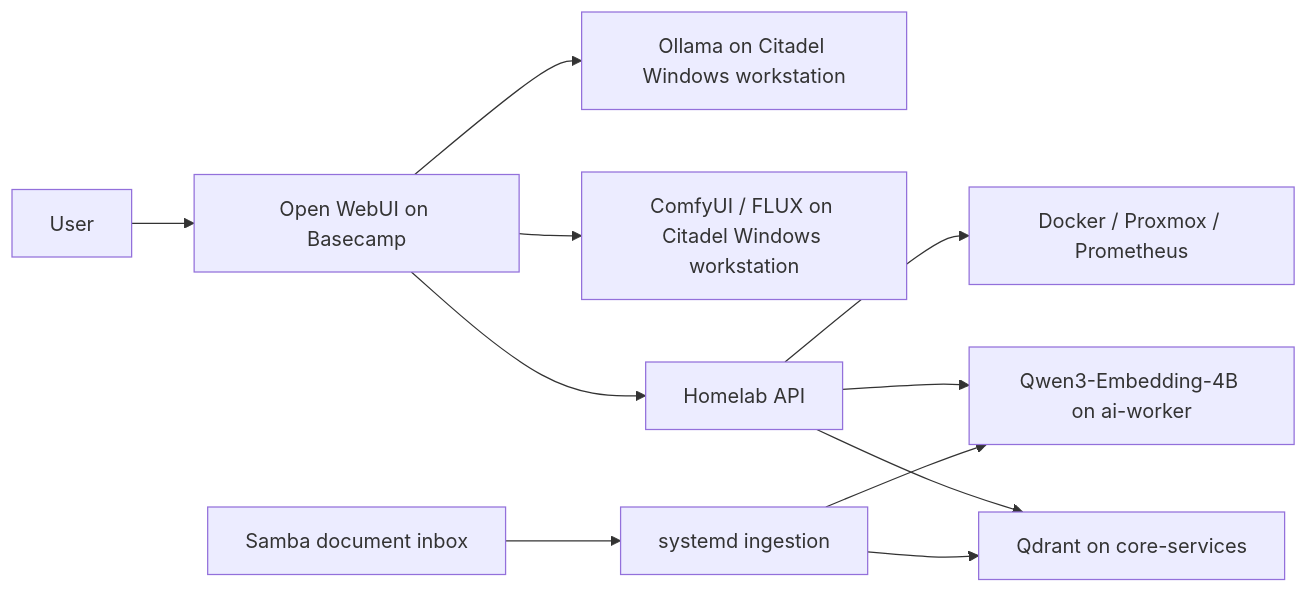
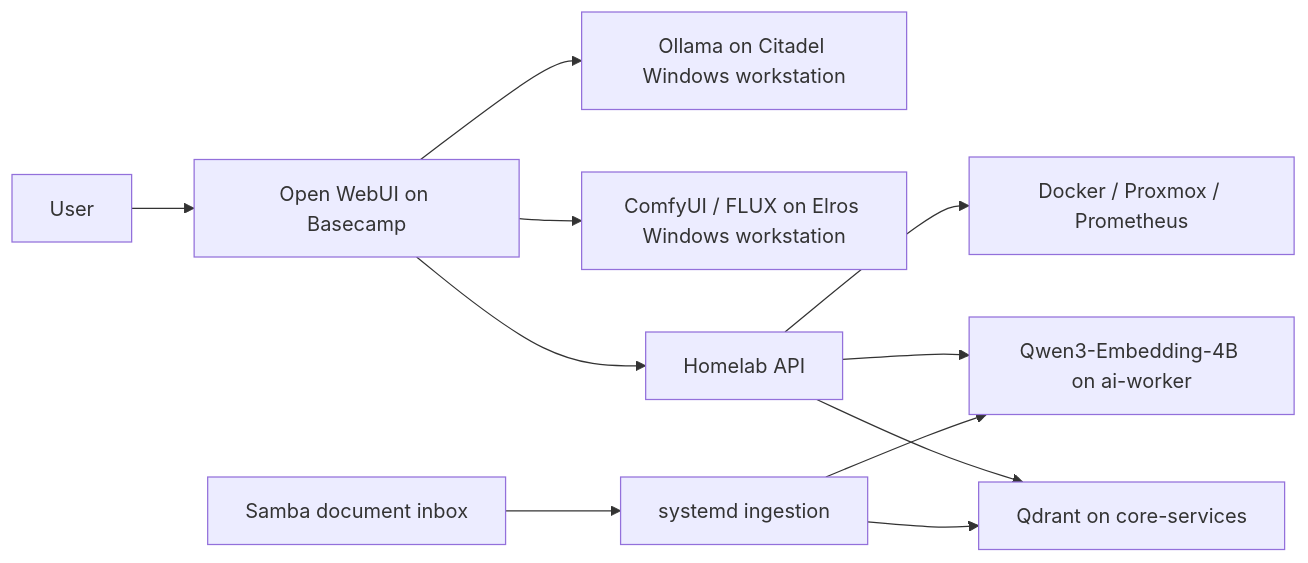
One commit to soonerbear22-ux/local-ai-lab changed the diagram in README.md. Above: the diagram before and after it, drawn with Mermaid. The commit also changed other lines of this file, not shown here.

````diff
--- a/README.md
+++ b/README.md
@@ -9,13 +9,13 @@
 ```mermaid
 flowchart LR
     User["User"] --> UI["Open WebUI on Basecamp"]
     UI --> Ollama["Ollama on Citadel Windows workstation"]
-    UI --> Comfy["ComfyUI / FLUX on Citadel Windows workstation"]
+    UI --> Comfy["ComfyUI / FLUX on Elros Windows workstation"]
     UI --> API["Homelab API"]
     API --> Live["Docker / Proxmox / Prometheus"]
     API --> Embed["Qwen3-Embedding-4B on ai-worker"]
     API --> Qdrant["Qdrant on core-services"]
     Inbox["Samba document inbox"] --> Ingest["systemd ingestion"]
     Ingest --> Embed
     Ingest --> Qdrant
 ```
````
